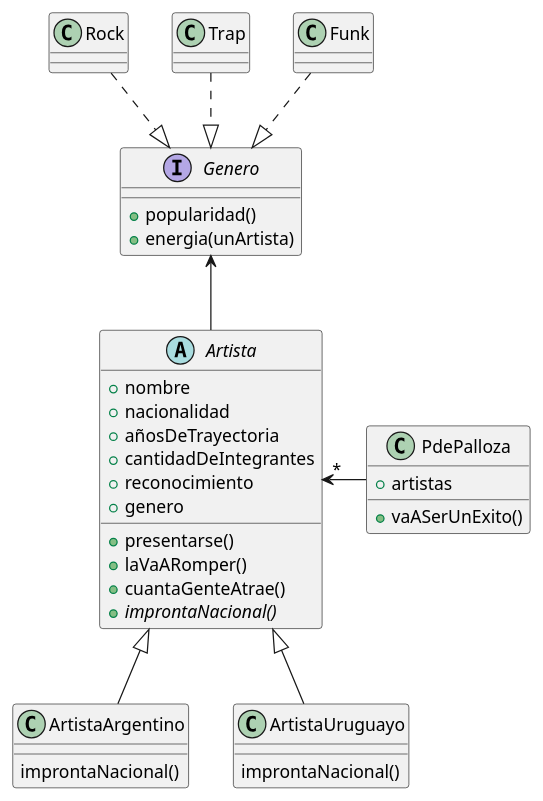
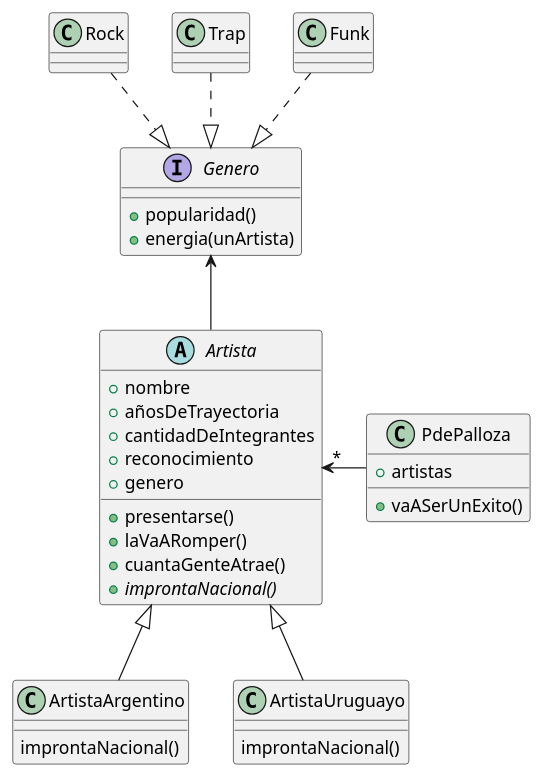
Before and after one commit to Tadeo-VC/PdePalloza: the diagram in src/DiagramaDeClases-PdePalloza.plantuml, drawn with PlantUML.

Commit message:
actualzo diagrama de clases

```diff
--- a/src/DiagramaDeClases-PdePalloza.plantuml
+++ b/src/DiagramaDeClases-PdePalloza.plantuml
@@ -1,45 +1,44 @@
 @startuml DiagramaDeClases-PdePalloza
 
 abstract class Artista {
     + nombre
-    + nacionalidad
     + añosDeTrayectoria
     + cantidadDeIntegrantes
     + reconocimiento
     + genero 
     + presentarse()
     + laVaARomper()
     + cuantaGenteAtrae()
     {abstract} + improntaNacional()
 }
 
 Artista -up-> Genero
 
 class ArtistaArgentino extends Artista {
     improntaNacional()
 }
 class ArtistaUruguayo extends Artista {
     improntaNacional()
 }
 
 interface Genero {
     + popularidad()
     + energia(unArtista)
 }
 
 class Rock {} 
 class Trap {}
 class Funk {} 
 
 Rock .down.|> Genero
 Trap .down.|> Genero 
 Funk .down.|> Genero 
 
 class PdePalloza {
     + artistas
     + vaASerUnExito()
 }
 
 PdePalloza -left->"*" Artista
 
 @enduml
```
